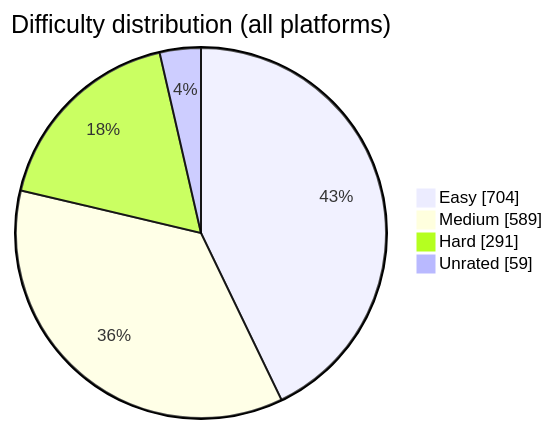
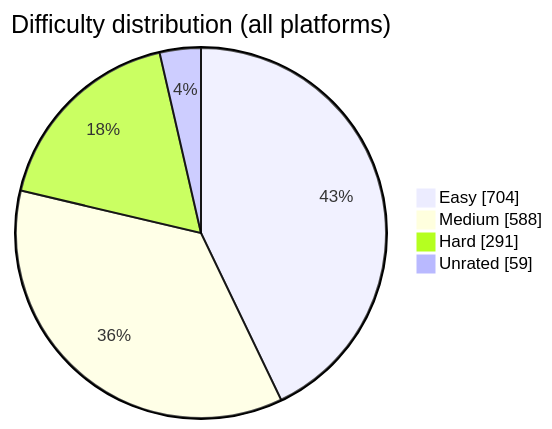
Before and after one commit to BuildbyArindam/Daily-Coding-Log: the diagram in README.md, drawn with Mermaid. The commit also changed other lines of this file, not shown here.

````diff
--- a/README.md
+++ b/README.md
@@ -93,7 +93,7 @@
 ```mermaid
 pie showData title Difficulty distribution (all platforms)
     "Easy" : 704
-    "Medium" : 589
+    "Medium" : 588
     "Hard" : 291
     "Unrated" : 59
 ```
````
